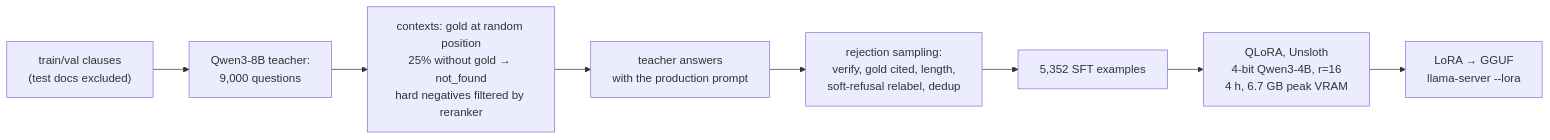
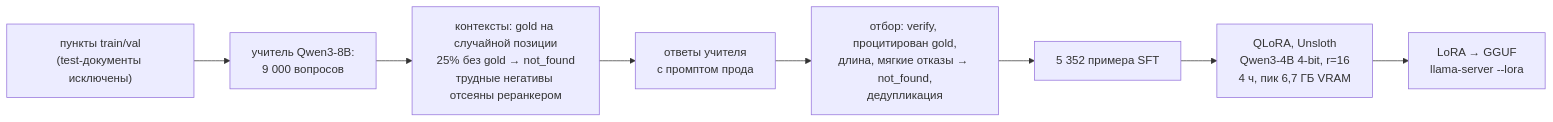
One commit to BektassovAlisher/kz-norms-llm changed the second of 2 diagrams in README.md. Above: the diagram before and after it, drawn with Mermaid. The commit also changed other lines of this file and 3 other files, not shown here.

````diff
--- a/README.md
+++ b/README.md
@@ -91,10 +98,10 @@
 ```mermaid
 flowchart LR
-    C["train/val clauses<br/>(test docs excluded)"] --> Qs["Qwen3-8B teacher:<br/>9,000 questions"]
-    Qs --> Ctx["contexts: gold at random position<br/>25% without gold → not_found<br/>hard negatives filtered by reranker"]
-    Ctx --> Ans["teacher answers<br/>with the production prompt"]
-    Ans --> F["rejection sampling:<br/>verify, gold cited, length,<br/>soft-refusal relabel, dedup"]
-    F --> SFT["5,352 SFT examples"]
-    SFT --> T["QLoRA, Unsloth<br/>4-bit Qwen3-4B, r=16<br/>4 h, 6.7 GB peak VRAM"]
+    C["пункты train/val<br/>(test-документы исключены)"] --> Qs["учитель Qwen3-8B:<br/>9 000 вопросов"]
+    Qs --> Ctx["контексты: gold на случайной позиции<br/>25% без gold → not_found<br/>трудные негативы отсеяны реранкером"]
+    Ctx --> Ans["ответы учителя<br/>с промптом прода"]
+    Ans --> F["отбор: verify, процитирован gold,<br/>длина, мягкие отказы → not_found,<br/>дедупликация"]
+    F --> SFT["5 352 примера SFT"]
+    SFT --> T["QLoRA, Unsloth<br/>Qwen3-4B 4-bit, r=16<br/>4 ч, пик 6,7 ГБ VRAM"]
     T --> G["LoRA → GGUF<br/>llama-server --lora"]
 ```
````
